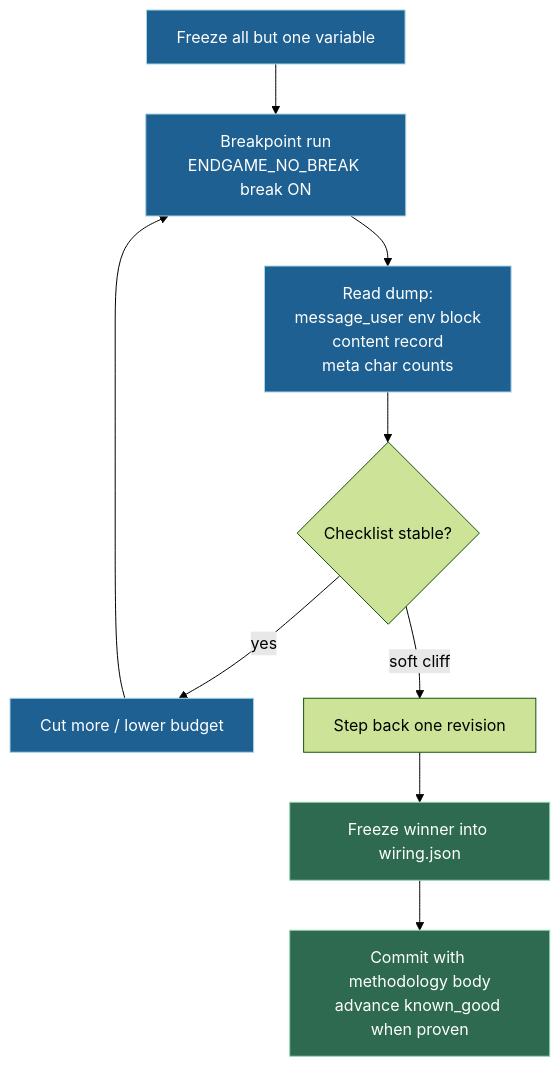
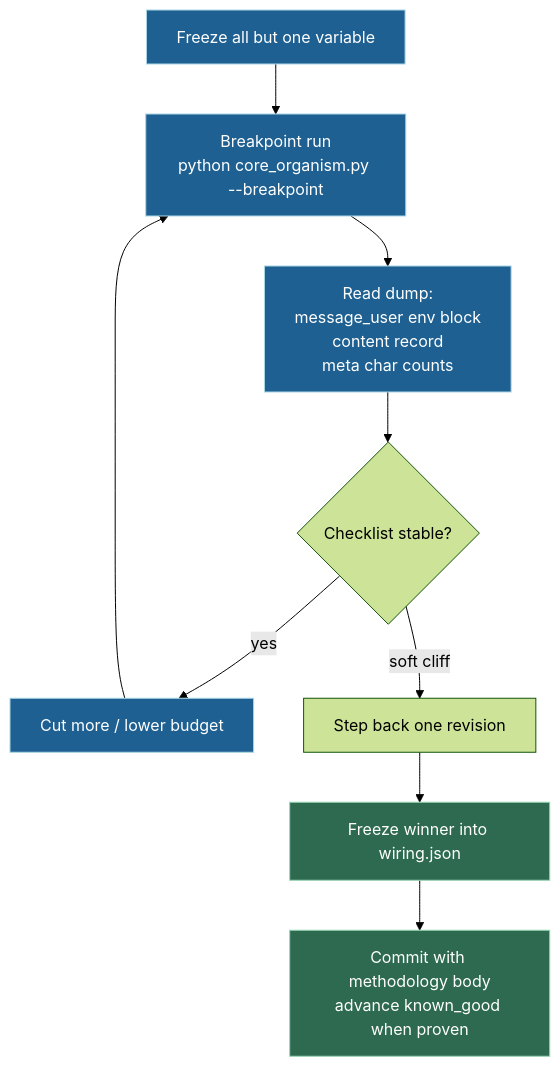
The ninth of 11 diagrams in README.md (wgabrys88/endgame-ai), drawn with Mermaid (forest theme) before and after one commit. The commit also changed other lines of this file and 3 other files, not shown here.

````diff
--- a/README.md
+++ b/README.md
@@ -813,16 +970,16 @@
 ```mermaid
 flowchart TD
-    A["Freeze all but one variable"] --> B["Breakpoint run<br/>ENDGAME_NO_BREAK break ON"]
+    A["Freeze all but one variable"] --> B["Breakpoint run<br/>python core_organism.py --breakpoint"]
     B --> C["Read dump:<br/>message_user env block<br/>content record<br/>meta char counts"]
     C --> D{"Checklist stable?"}
     D -- yes --> E["Cut more / lower budget"]
     E --> B
     D -- soft cliff --> F["Step back one revision"]
     F --> G["Freeze winner into wiring.json"]
     G --> H["Commit with methodology body<br/>advance known_good when proven"]
 
     classDef step fill:#1e6091,stroke:#a9d6e5,color:#ffffff;
     classDef win fill:#2d6a4f,stroke:#95d5b2,color:#ffffff;
     class A,B,C,E step;
     class G,H win;
 ```
````
